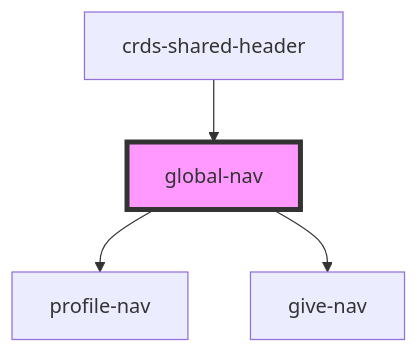
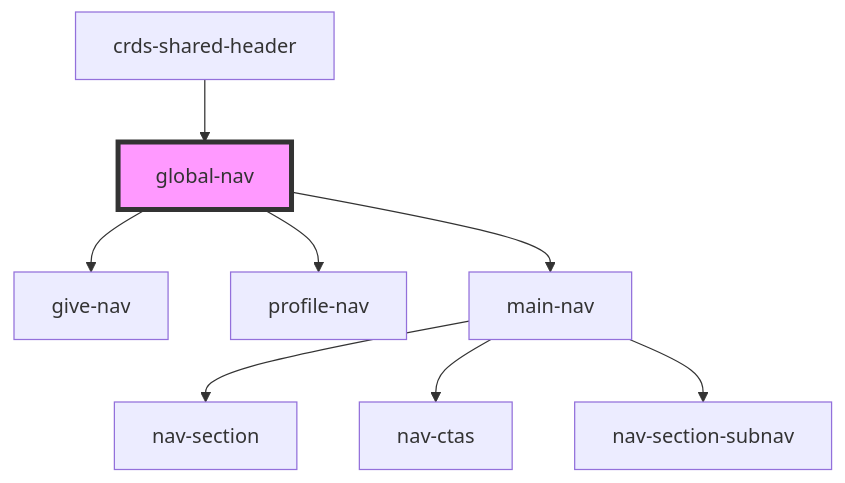
The diagram in src/components/crds-shared-header/global-nav/readme.md (dholloran-ample/visual-regression-testing-IP), drawn with Mermaid before and after one commit. The commit also changed other lines of this file and 206 other files, not shown here.

````diff
--- a/src/components/crds-shared-header/global-nav/readme.md
+++ b/src/components/crds-shared-header/global-nav/readme.md
@@ -35,7 +29,11 @@
 ```mermaid
 graph TD;
+  global-nav --> give-nav
   global-nav --> profile-nav
-  global-nav --> give-nav
+  global-nav --> main-nav
+  main-nav --> nav-section
+  main-nav --> nav-ctas
+  main-nav --> nav-section-subnav
   crds-shared-header --> global-nav
   style global-nav fill:#f9f,stroke:#333,stroke-width:4px
 ```
````
